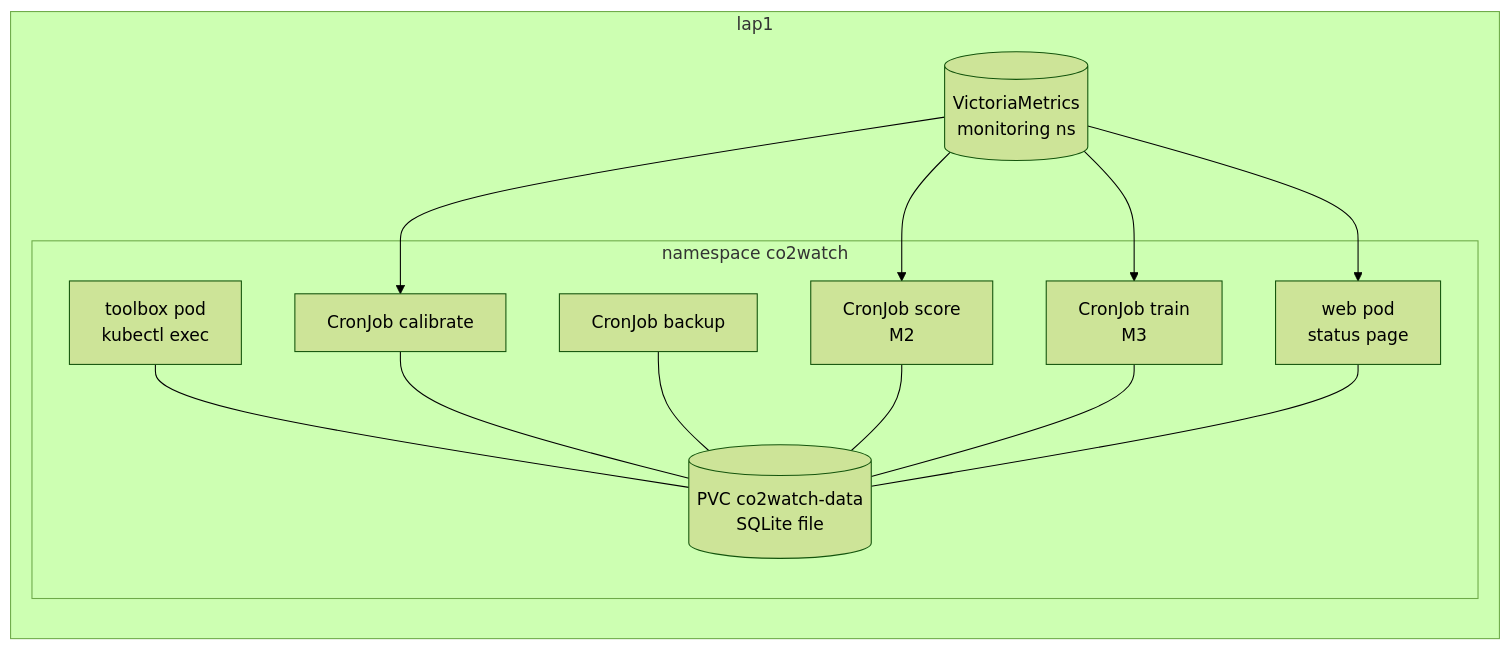
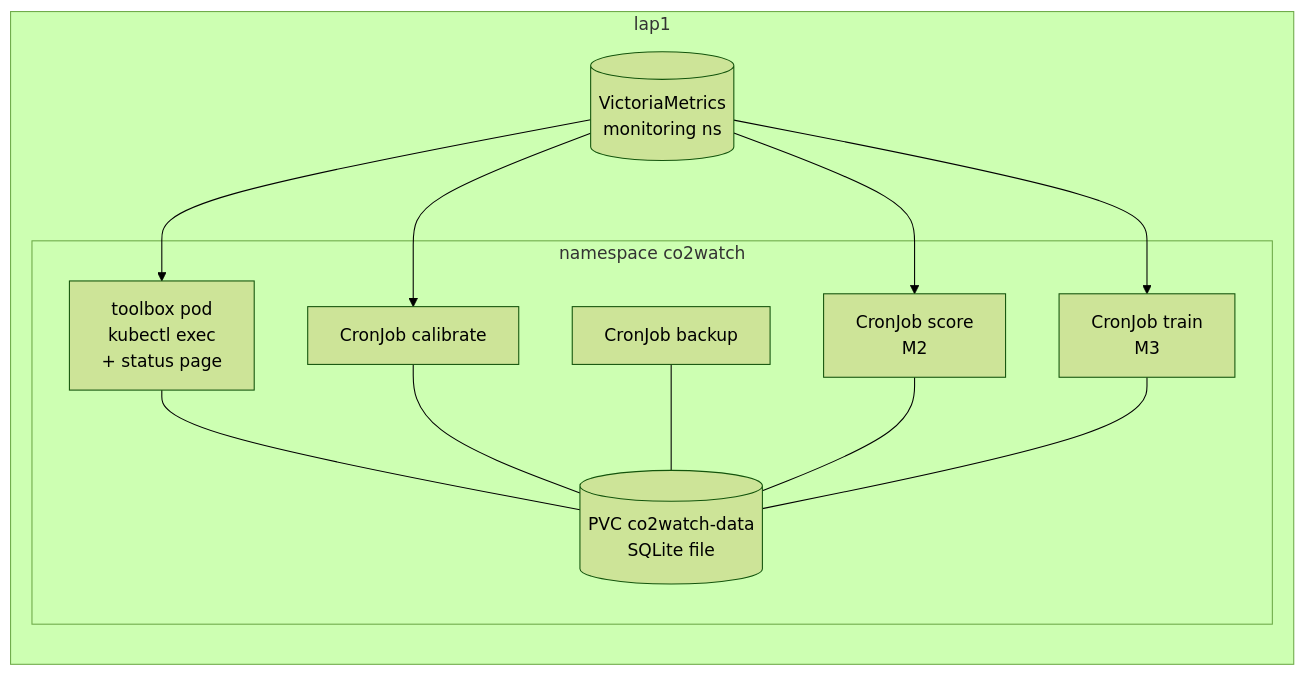
One commit to Justleen/co2_rgbsensor_reading changed the diagram in docs/deploy.md. Above: the diagram before and after it, drawn with Mermaid (forest theme). The commit also changed other lines of this file and 5 other files, not shown here.

First line of the commit message:
Status page runs in the toolbox pod instead of its own Deployment

````diff
--- a/docs/deploy.md
+++ b/docs/deploy.md
@@ -21,17 +21,16 @@
 ```mermaid
 flowchart LR
   subgraph lap1
     VM[(VictoriaMetrics<br/>monitoring ns)]
     subgraph ns["namespace co2watch"]
-      TB[toolbox pod<br/>kubectl exec]
-      WEB[web pod<br/>status page]
+      TB[toolbox pod<br/>kubectl exec<br/>+ status page]
       CAL[CronJob calibrate]
       BK[CronJob backup]
       SC[CronJob score<br/>M2]
       TR[CronJob train<br/>M3]
       PVC[(PVC co2watch-data<br/>SQLite file)]
     end
   end
-  VM --> CAL & SC & TR & WEB
-  TB & CAL & BK & SC & TR & WEB --- PVC
+  VM --> CAL & SC & TR & TB
+  TB & CAL & BK & SC & TR --- PVC
 ```
````
